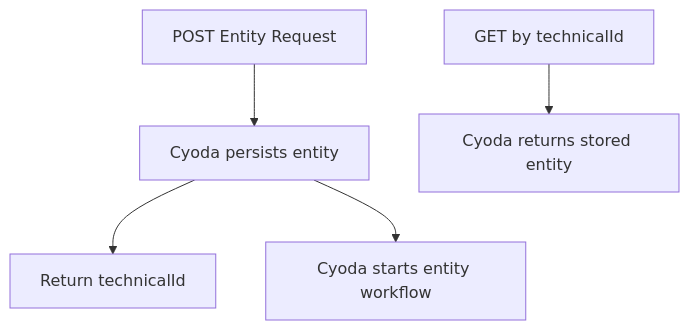
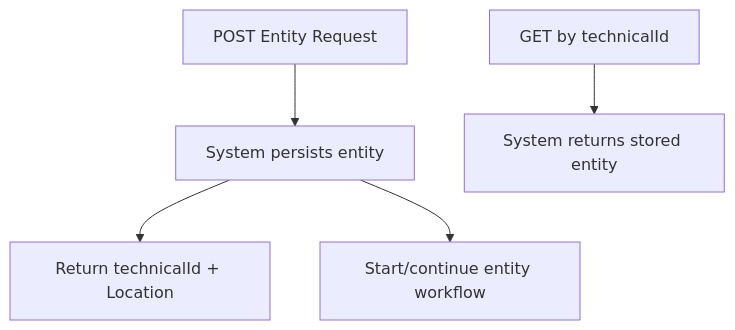
The fifth of 5 diagrams in src/main/java/com/java_template/prototype/functional_requirement.md (Cyoda-platform/java-client-template), drawn with Mermaid before and after one commit. The commit also changed other lines of this file, not shown here.

````diff
--- a/src/main/java/com/java_template/prototype/functional_requirement.md
+++ b/src/main/java/com/java_template/prototype/functional_requirement.md
@@ -220,7 +417,7 @@
 ```mermaid
 graph TD
-    A["POST Entity Request"] --> B["Cyoda persists entity"]
-    B --> C["Return technicalId"]
-    B --> D["Cyoda starts entity workflow"]
-    E["GET by technicalId"] --> F["Cyoda returns stored entity"]
+    A[POST Entity Request] --> B[System persists entity]
+    B --> C[Return technicalId + Location]
+    B --> D[Start/continue entity workflow]
+    E[GET by technicalId] --> F[System returns stored entity]
 ```
````
